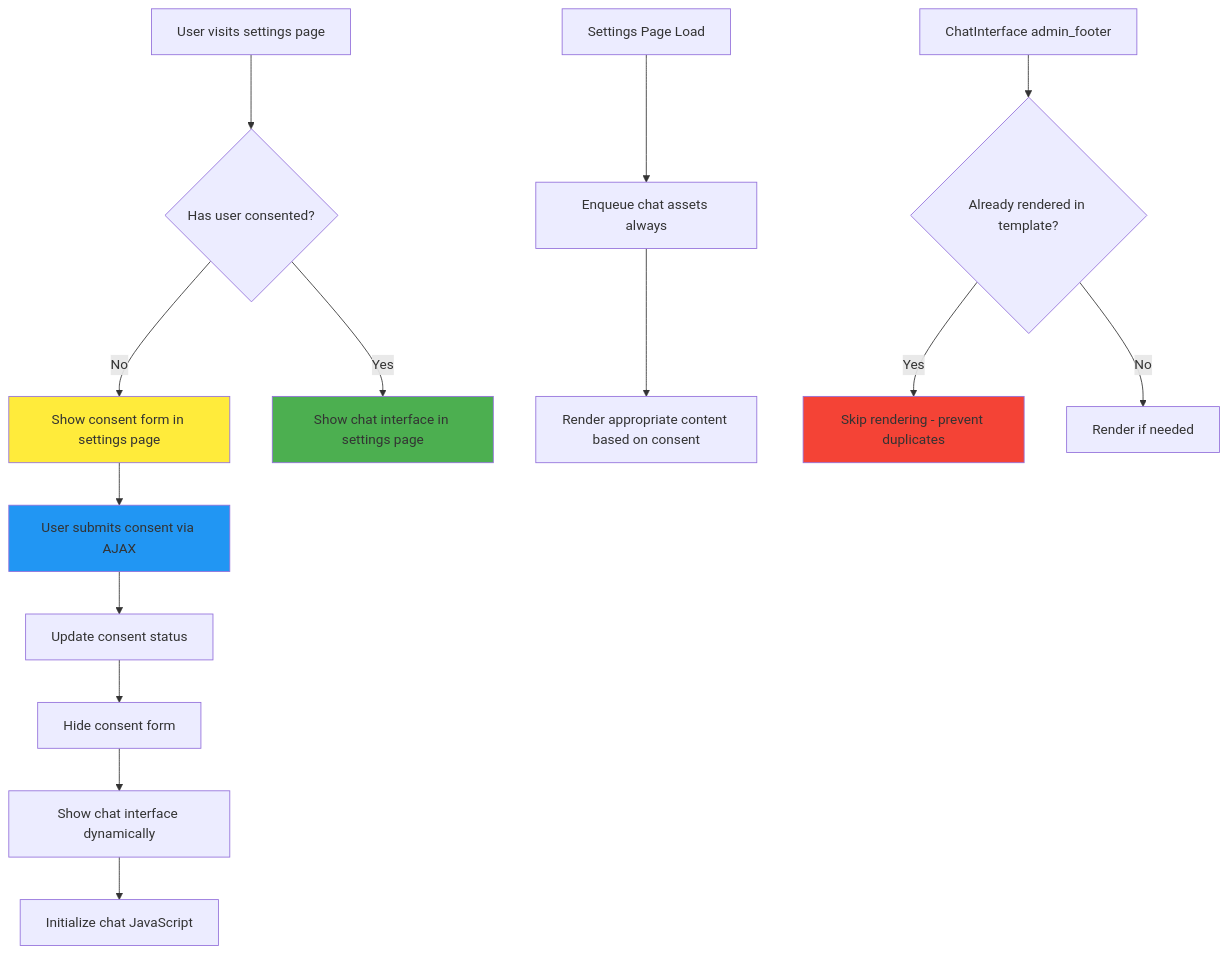
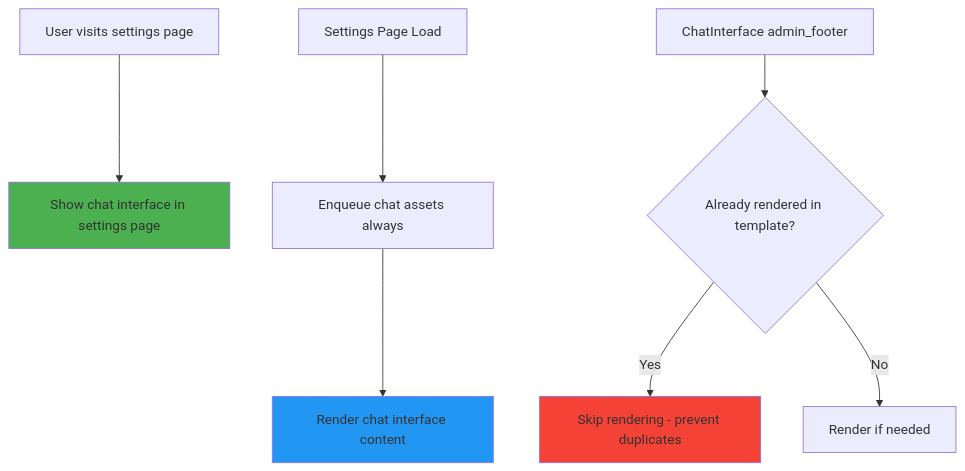
One commit to sethshoultes/memberpress-ai-assistant changed the diagram in chat-interface-fix-comprehensive-plan.md. Above: the diagram before and after it, drawn with Mermaid. The commit also changed other lines of this file and 72 other files, not shown here.

Commit message:
Refactored the system and removed the consent form on activation because it was not working at all

````diff
--- a/chat-interface-fix-comprehensive-plan.md
+++ b/chat-interface-fix-comprehensive-plan.md
@@ -15,24 +14,15 @@
 ```mermaid
 flowchart TD
-    A[User visits settings page] --> B{Has user consented?}
-    B -->|No| C[Show consent form in settings page]
-    B -->|Yes| D[Show chat interface in settings page]
+    A[User visits settings page] --> B[Show chat interface in settings page]
     
-    C --> E[User submits consent via AJAX]
-    E --> F[Update consent status]
-    F --> G[Hide consent form]
-    G --> H[Show chat interface dynamically]
-    H --> I[Initialize chat JavaScript]
+    C[Settings Page Load] --> D[Enqueue chat assets always]
+    D --> E[Render chat interface content]
     
-    J[Settings Page Load] --> K[Enqueue chat assets always]
-    K --> L[Render appropriate content based on consent]
+    F[ChatInterface admin_footer] --> G{Already rendered in template?}
+    G -->|Yes| H[Skip rendering - prevent duplicates]
+    G -->|No| I[Render if needed]
     
-    M[ChatInterface admin_footer] --> N{Already rendered in template?}
-    N -->|Yes| O[Skip rendering - prevent duplicates]
-    N -->|No| P[Render if needed]
-    
-    style C fill:#ffeb3b
-    style D fill:#4caf50
+    style B fill:#4caf50
     style E fill:#2196f3
-    style O fill:#f44336
+    style H fill:#f44336
 ```
````
